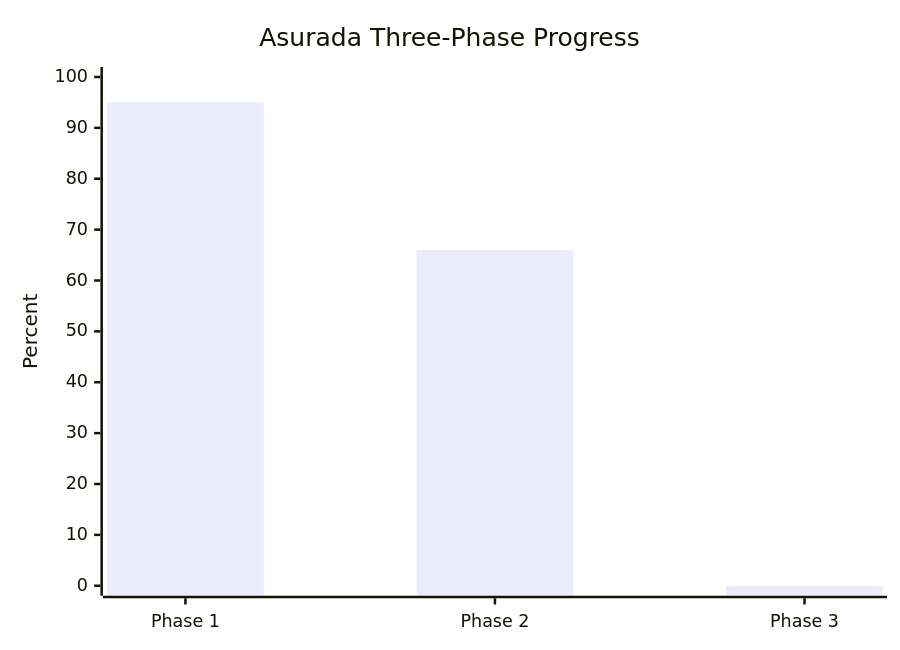
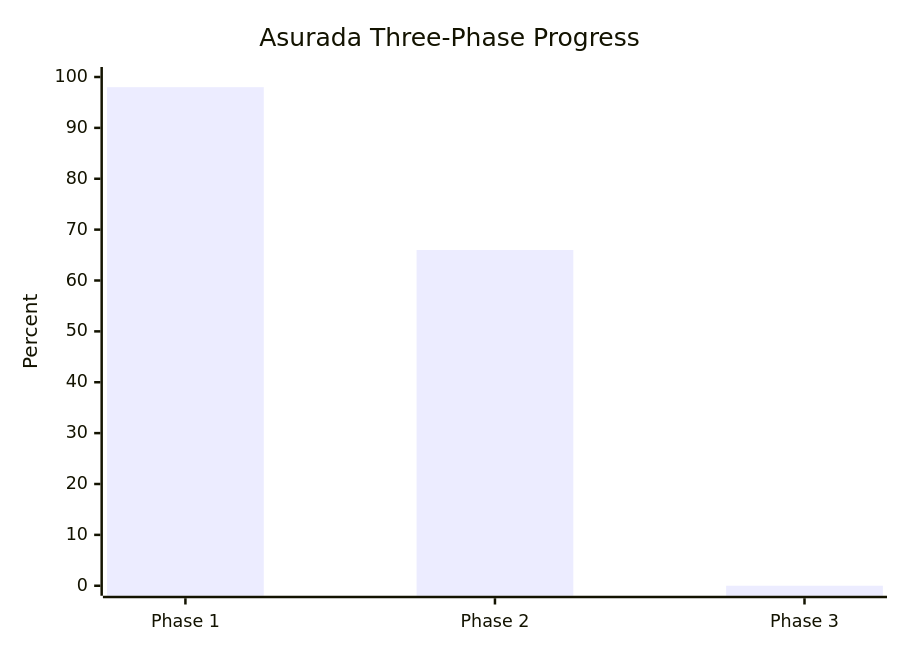
One commit to Sn55555/Asurada changed the first of 2 diagrams in PROJECT_PROGRESS.md. Above: the diagram before and after it, drawn with Mermaid. The commit also changed other lines of this file and 8 other files, not shown here.

````diff
--- a/PROJECT_PROGRESS.md
+++ b/PROJECT_PROGRESS.md
@@ -12,7 +12,7 @@
 ```mermaid
 xychart-beta
     title "Asurada Three-Phase Progress"
     x-axis ["Phase 1", "Phase 2", "Phase 3"]
     y-axis "Percent" 0 --> 100
-    bar [95, 66, 0]
+    bar [98, 66, 0]
 ```
````
